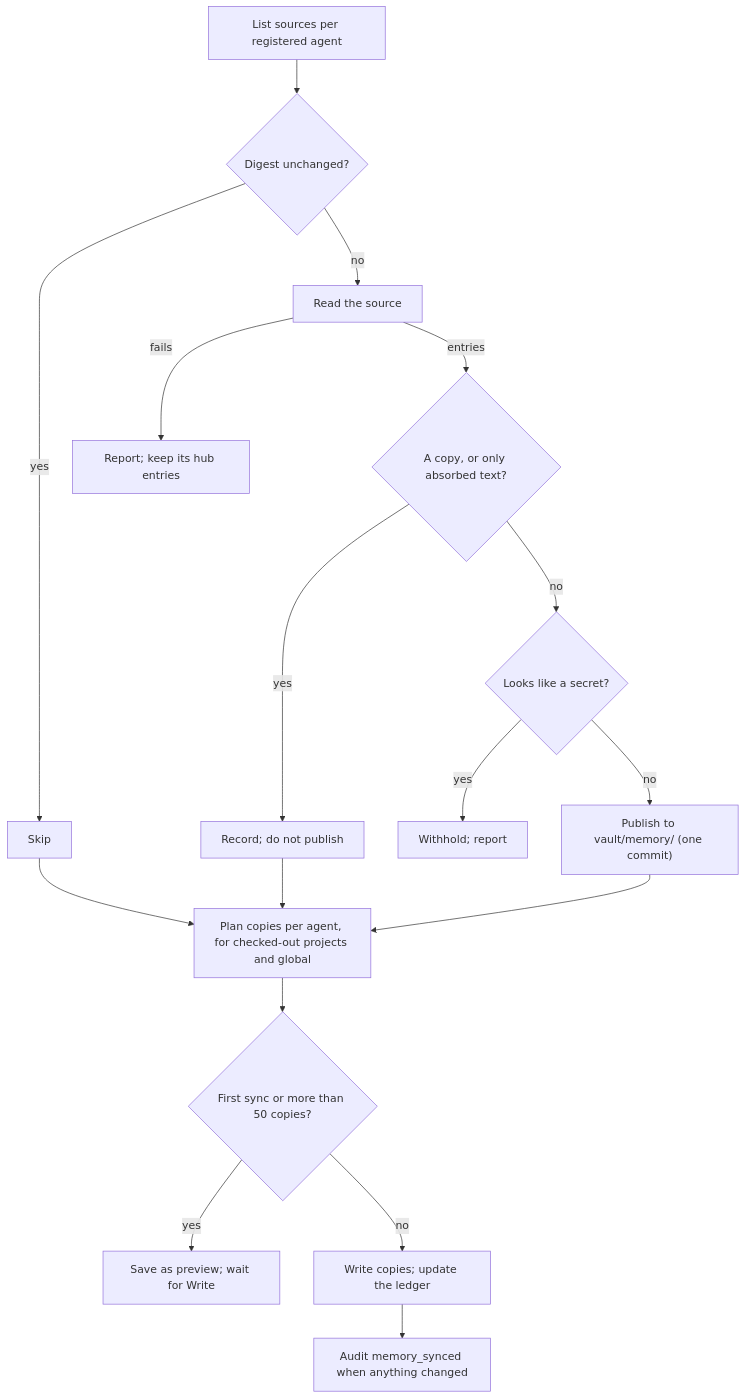
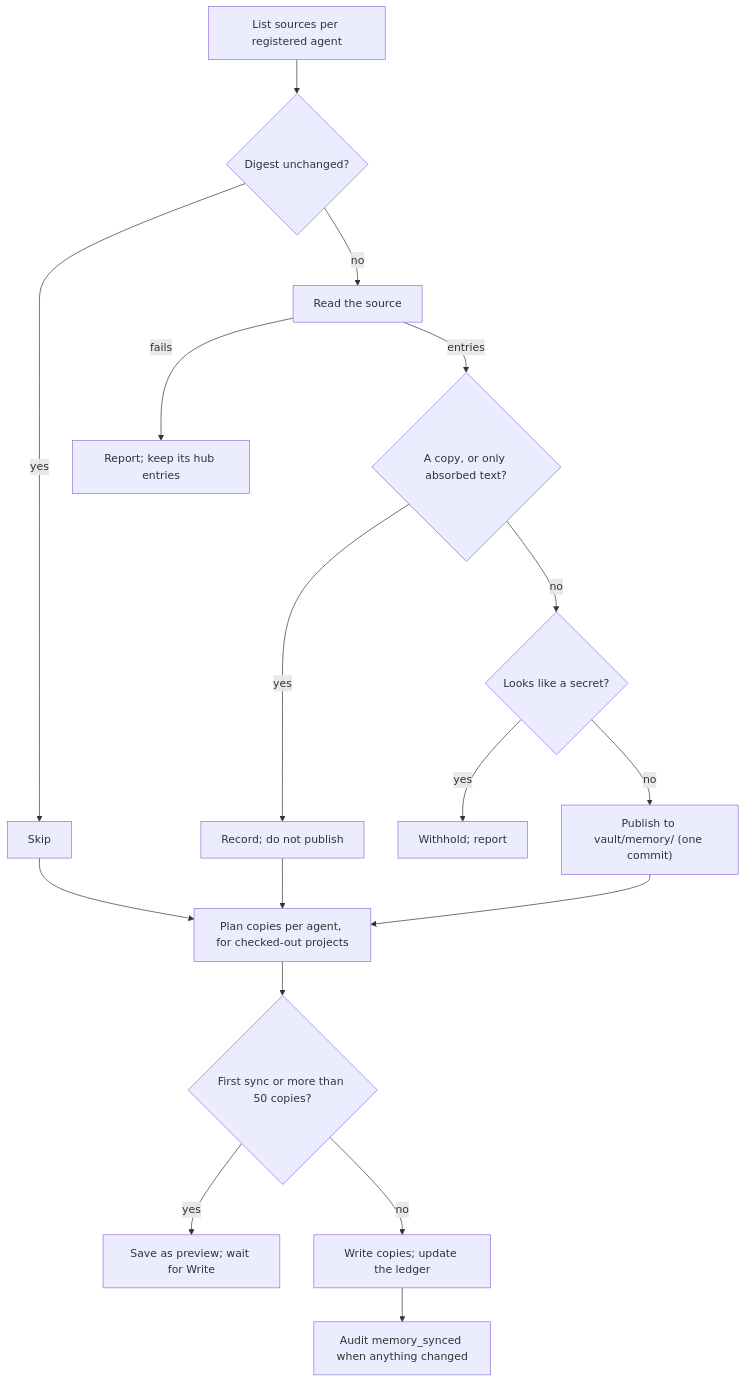
One commit to wyx-sg/Coffer changed the diagram in docs-site/architecture/memory.md. Above: the diagram before and after it, drawn with Mermaid. The commit also changed other lines of this file and 77 other files, not shown here.

````diff
--- a/docs-site/architecture/memory.md
+++ b/docs-site/architecture/memory.md
@@ -126,19 +119,19 @@
 ```mermaid
 flowchart TD
   A["List sources per registered agent"] --> B{"Digest unchanged?"}
   B -- yes --> S["Skip"]
   B -- no --> R["Read the source"]
   R -- fails --> F["Report; keep its hub entries"]
   R -- entries --> E{"A copy, or only absorbed text?"}
   E -- yes --> K["Record; do not publish"]
   E -- no --> W{"Looks like a secret?"}
   W -- yes --> H["Withhold; report"]
   W -- no --> P["Publish to vault/memory/ (one commit)"]
   S --> C
   K --> C
-  P --> C["Plan copies per agent, for checked-out projects and global"]
+  P --> C["Plan copies per agent, for checked-out projects"]
   C --> Q{"First sync or more than 50 copies?"}
   Q -- yes --> V["Save as preview; wait for Write"]
   Q -- no --> X["Write copies; update the ledger"]
   X --> Y["Audit memory_synced when anything changed"]
 ```
````
